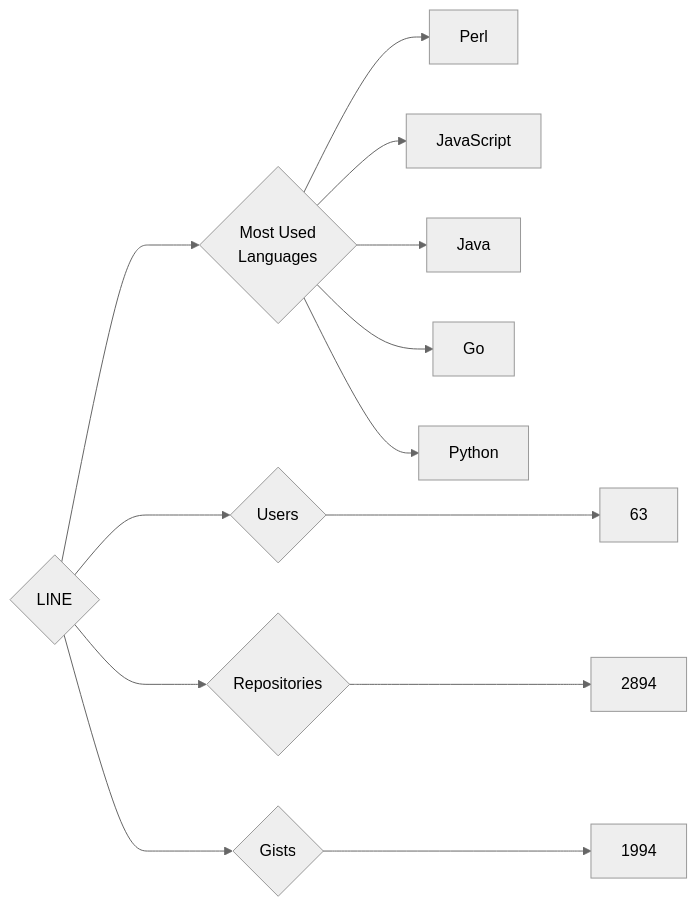
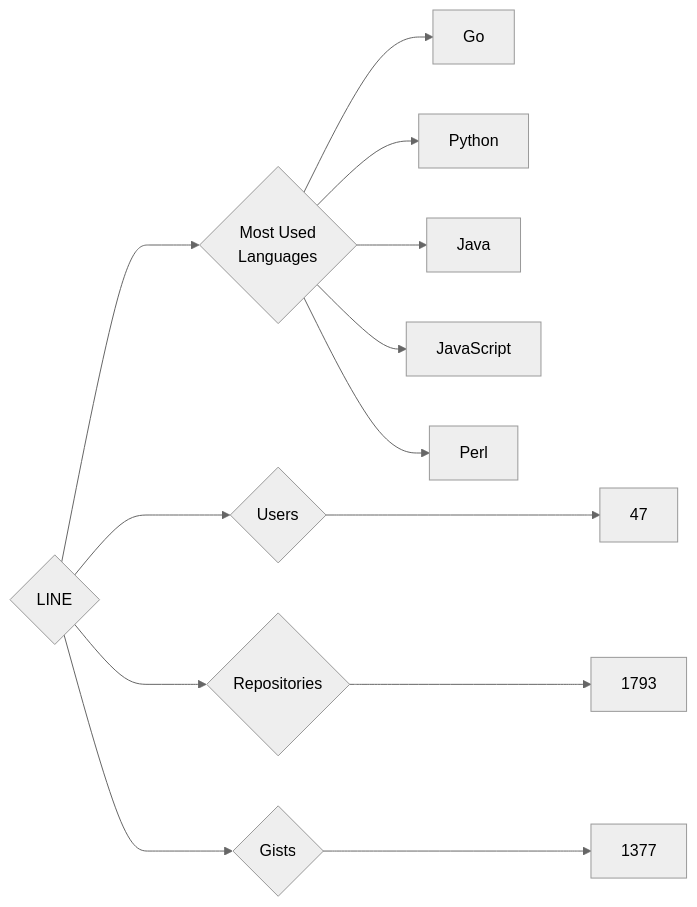
The diagram in targets/LINE/README.md (trickest/insiders), drawn with Mermaid (neutral theme) before and after one commit. The commit also changed 1389 other files, not shown here.

````diff
--- a/targets/LINE/README.md
+++ b/targets/LINE/README.md
@@ -3,13 +3,13 @@
 ```mermaid
 graph LR
 COMPANY_NAME{LINE}
-COMPANY_NAME ---> U{Users} ---> UN[63]
-COMPANY_NAME ---> R{Repositories} ---> RN[2894]
-COMPANY_NAME ---> G{Gists} ---> GN[1994]
+COMPANY_NAME ---> U{Users} ---> UN[47]
+COMPANY_NAME ---> R{Repositories} ---> RN[1793]
+COMPANY_NAME ---> G{Gists} ---> GN[1377]
 COMPANY_NAME ---> ML{Most Used<br>Languages}
-ML --> Perl[Perl]
-ML --> JavaScript[JavaScript]
-ML --> Java[Java]
 ML --> Go[Go]
 ML --> Python[Python]
+ML --> Java[Java]
+ML --> JavaScript[JavaScript]
+ML --> Perl[Perl]
 ```
````
